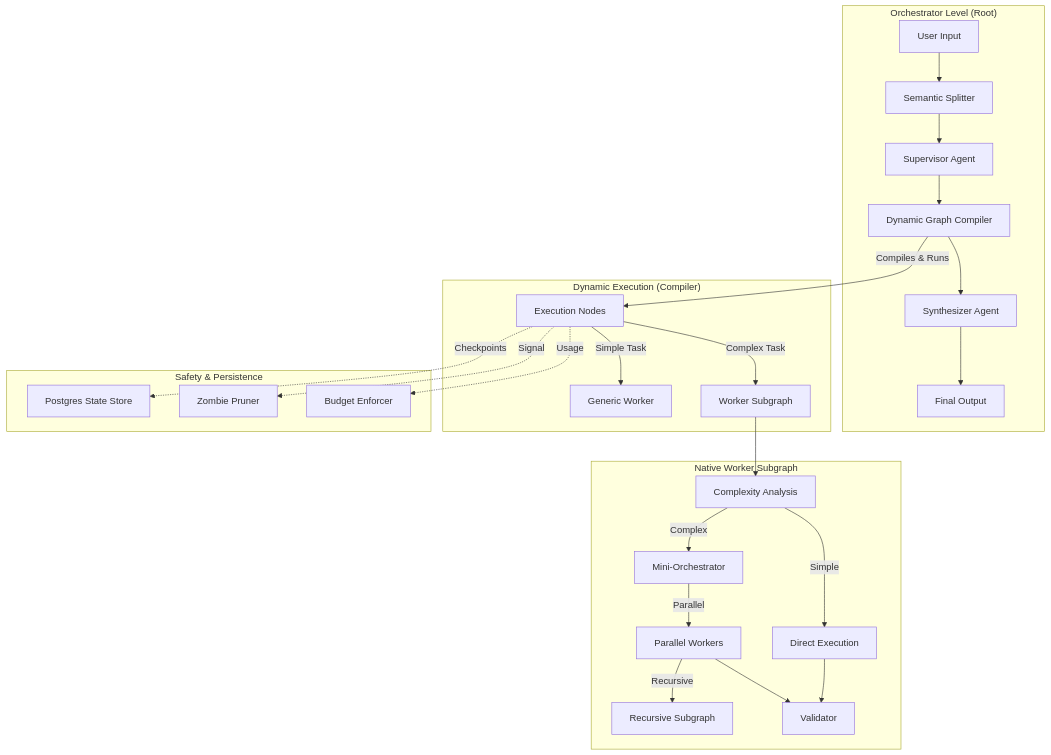
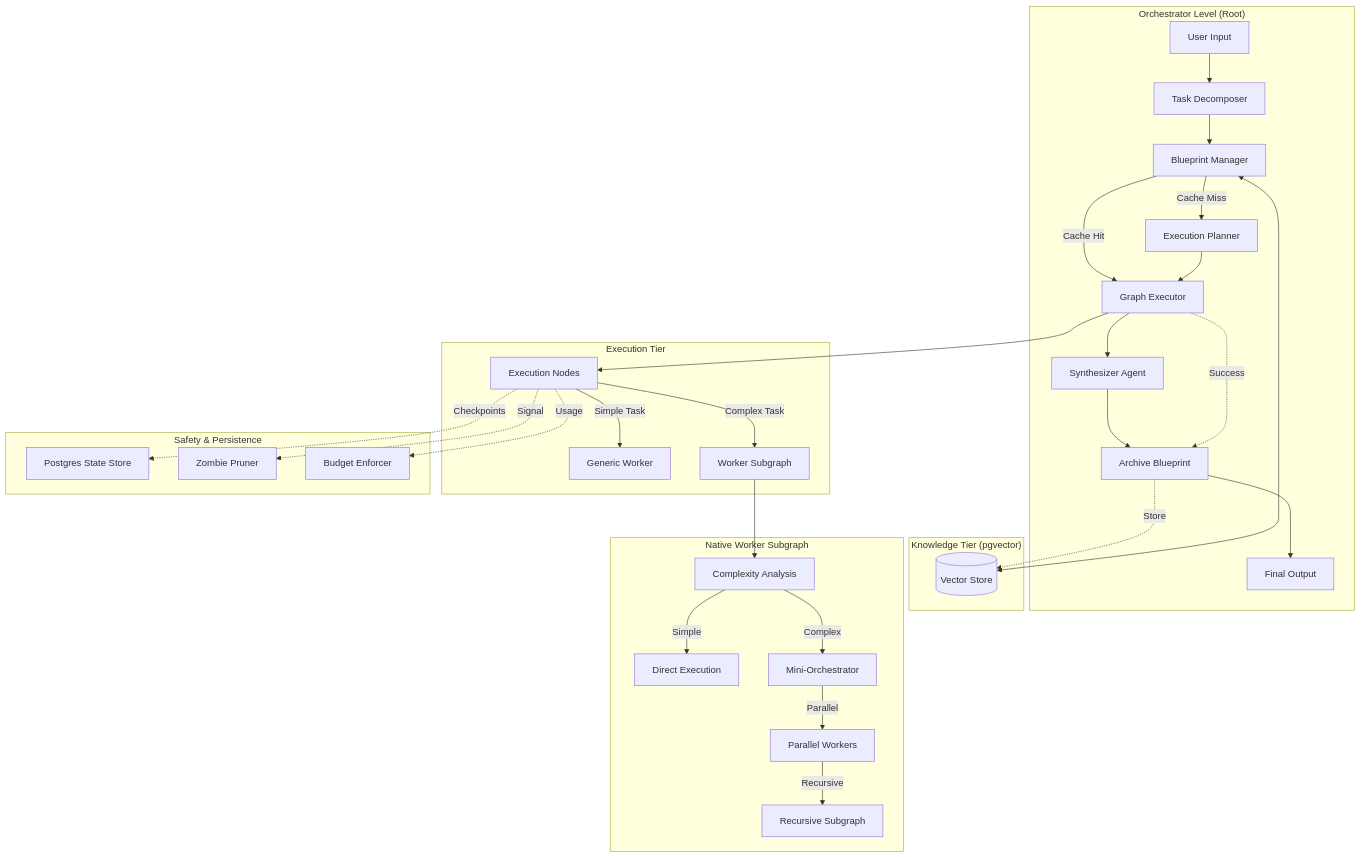
The diagram in ReadMe/Architecture Design.md (villalbaweb/self-spawn-agents), drawn with Mermaid before and after one commit. The commit also changed other lines of this file and 14 other files, not shown here.

Commit message:
Implementing: - Semantic Long-Term Memory - Cross-Run Blueprint Caching

````diff
--- a/ReadMe/Architecture Design.md
+++ b/ReadMe/Architecture Design.md
@@ -22,36 +22,43 @@
 ```mermaid
 graph TB
     subgraph "Orchestrator Level (Root)"
-        User[User Input] --> Splitter[Semantic Splitter]
-        Splitter --> Supervisor[Supervisor Agent]
-        Supervisor --> Compiler[Dynamic Graph Compiler]
-        Compiler --> Synthesizer[Synthesizer Agent]
-        Synthesizer --> Output[Final Output]
+        User[User Input] --> Decomposer[Task Decomposer]
+        Decomposer --> Knowledge[Blueprint Manager]
+        Knowledge -->|Cache Hit| Executor[Graph Executor]
+        Knowledge -->|Cache Miss| Planner[Execution Planner]
+        Planner --> Executor
+        Executor --> Synthesizer[Synthesizer Agent]
+        Synthesizer --> Archive[Archive Blueprint]
+        Archive --> Output[Final Output]
     end
 
-    subgraph "Dynamic Execution (Compiler)"
-        Compiler -->|Compiles & Runs| Nodes[Execution Nodes]
+    subgraph "Knowledge Tier (pgvector)"
+        DB[(Vector Store)] <--> Knowledge
+        Executor -.->|Success| Archive
+        Archive -.->|Store| DB
+    end
+
+    subgraph "Execution Tier"
+        Executor --> Nodes[Execution Nodes]
         Nodes -->|Simple Task| Worker[Generic Worker]
         Nodes -->|Complex Task| Subgraph[Worker Subgraph]
     end
 
     subgraph "Native Worker Subgraph"
         Subgraph --> Analyze[Complexity Analysis]
         Analyze -->|Simple| Direct[Direct Execution]
         Analyze -->|Complex| MiniPlan[Mini-Orchestrator]
         MiniPlan -->|Parallel| Workers[Parallel Workers]
         Workers -->|Recursive| RecursiveSubgraph[Recursive Subgraph]
-        Direct --> Validate[Validator]
-        Workers --> Validate
     end
 
     subgraph "Safety & Persistence"
         State[Postgres State Store]
         Pruner[Zombie Pruner]
         Budget[Budget Enforcer]
     end
 
     Nodes -.->|Checkpoints| State
     Nodes -.->|Signal| Pruner
     Nodes -.->|Usage| Budget
 ```
````
